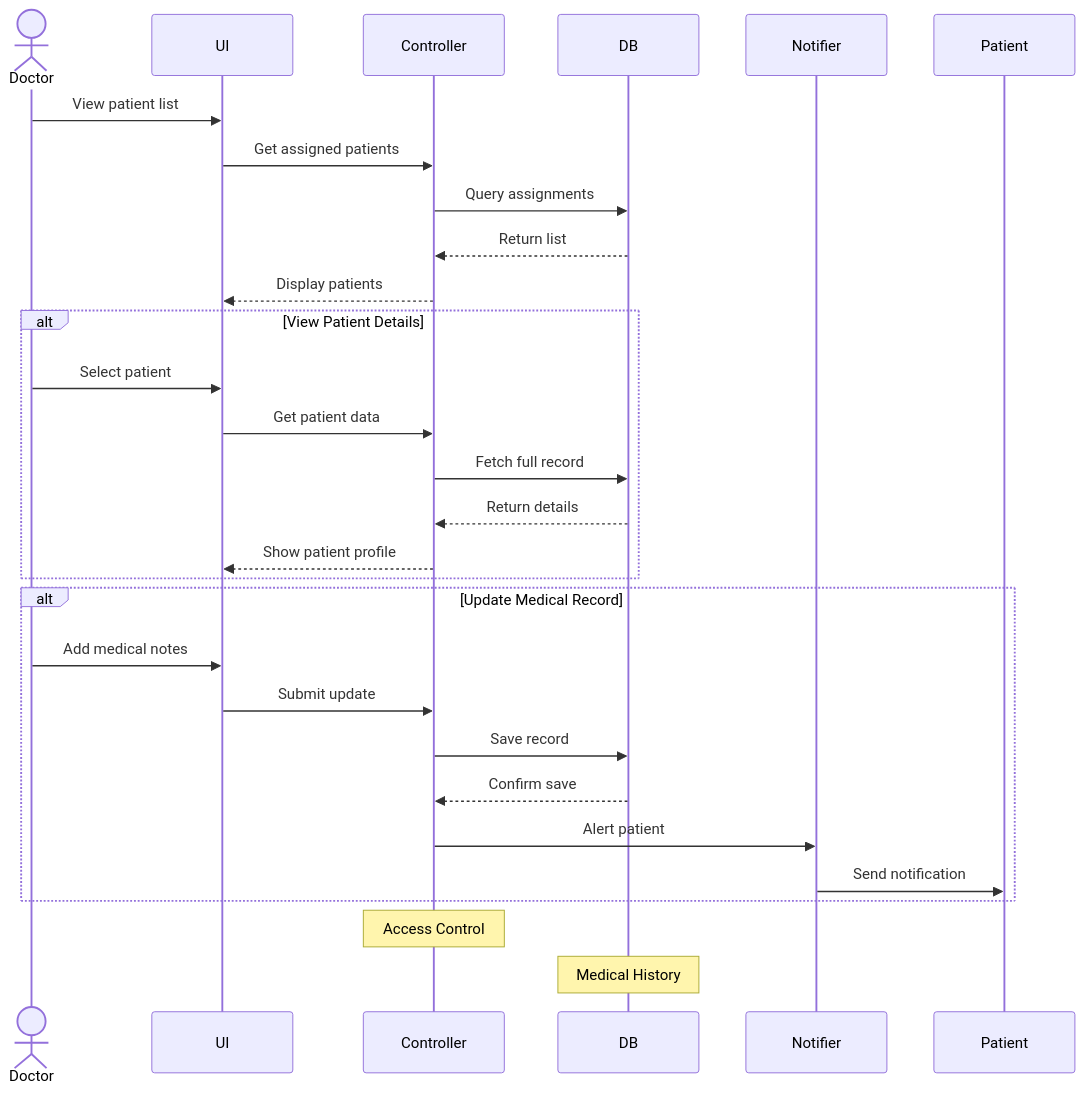
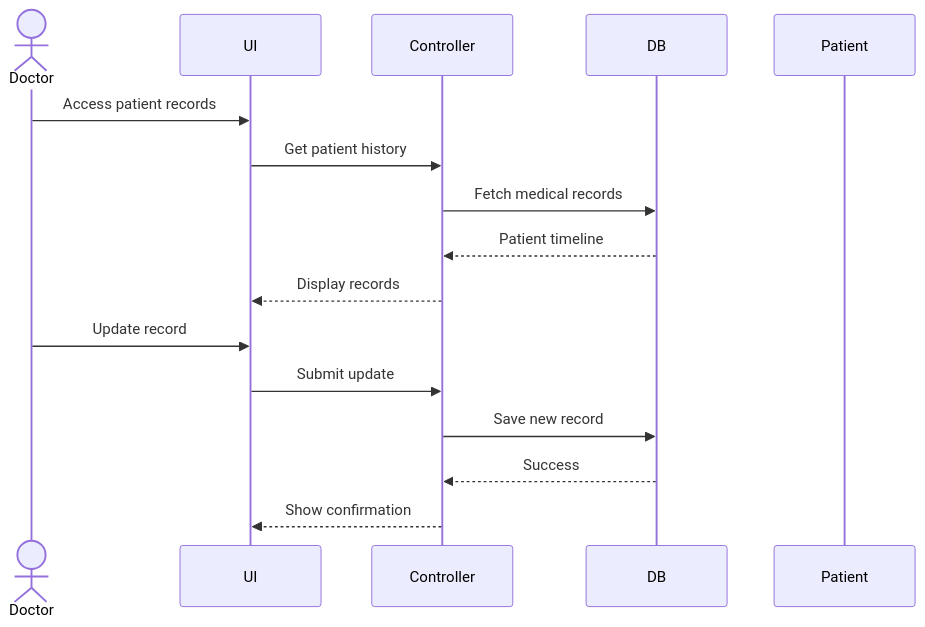
The fourth of 5 diagrams in docs/use-cases.md (SazPy/Hospital-Management), drawn with Mermaid before and after one commit. The commit also changed other lines of this file and 1 other file, not shown here.

````diff
--- a/docs/use-cases.md
+++ b/docs/use-cases.md
@@ -566,34 +191,20 @@
 ```mermaid
 sequenceDiagram
     actor Doctor
     participant UI
     participant Controller
     participant DB
-    participant Notifier
+    participant Patient
 
-    Doctor->>UI: View patient list
-    UI->>Controller: Get assigned patients
-    Controller->>DB: Query assignments
-    DB-->>Controller: Return list
-    Controller-->>UI: Display patients
+    Doctor->>UI: Access patient records
+    UI->>Controller: Get patient history
+    Controller->>DB: Fetch medical records
+    DB-->>Controller: Patient timeline
+    Controller-->>UI: Display records
     
-    alt View Patient Details
-        Doctor->>UI: Select patient
-        UI->>Controller: Get patient data
-        Controller->>DB: Fetch full record
-        DB-->>Controller: Return details
-        Controller-->>UI: Show patient profile
-    end
-
-    alt Update Medical Record
-        Doctor->>UI: Add medical notes
-        UI->>Controller: Submit update
-        Controller->>DB: Save record
-        DB-->>Controller: Confirm save
-        Controller->>Notifier: Alert patient
-        Notifier->>Patient: Send notification
-    end
-
-    note over Controller: Access Control
-    note over DB: Medical History
+    Doctor->>UI: Update record
+    UI->>Controller: Submit update
+    Controller->>DB: Save new record
+    DB-->>Controller: Success
+    Controller-->>UI: Show confirmation
 ```
````
